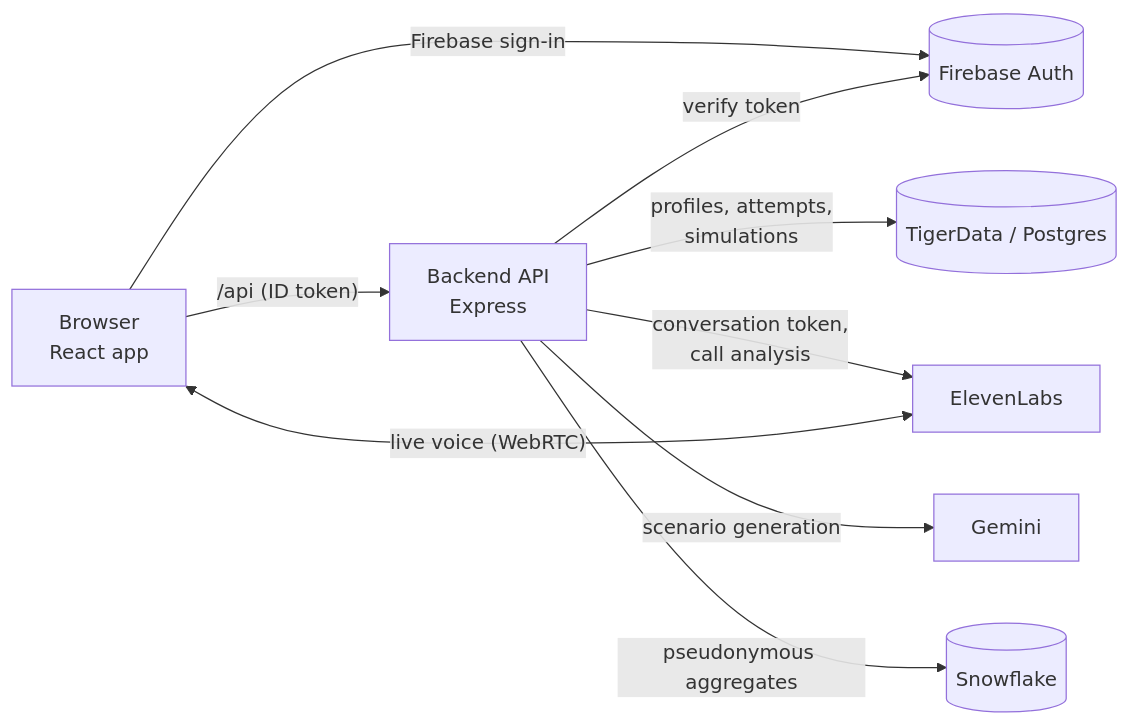
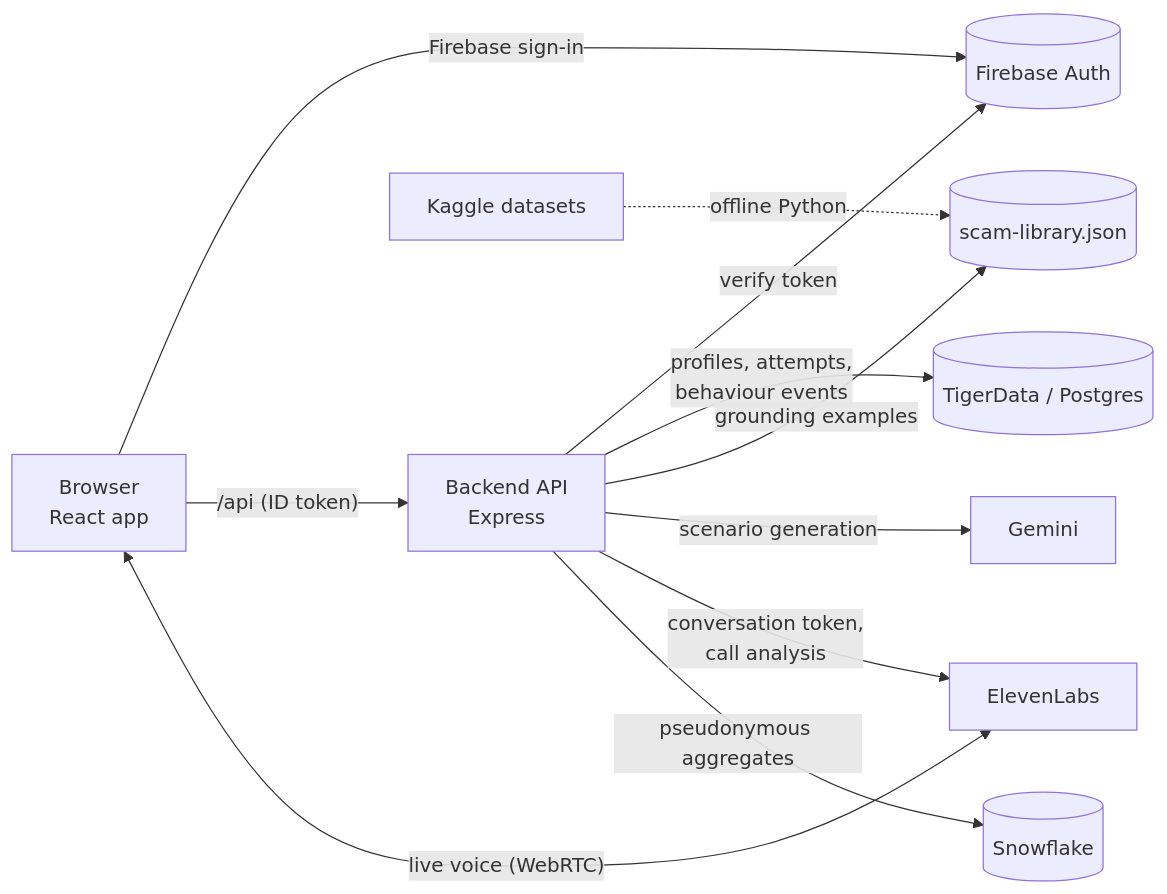
The second of 2 diagrams in README.md (vvictort/stormhacks-2026), drawn with Mermaid before and after one commit. The commit also changed other lines of this file, not shown here.

````diff
--- a/README.md
+++ b/README.md
@@ -21,11 +42,13 @@
 ```mermaid
 flowchart LR
   U[Browser<br/>React app] -- Firebase sign-in --> F[(Firebase Auth)]
   U -- "/api (ID token)" --> B[Backend API<br/>Express]
   B -- verify token --> F
-  B -- profiles, attempts,<br/>simulations --> D[(TigerData / Postgres)]
+  B -- profiles, attempts,<br/>behaviour events --> D[(TigerData / Postgres)]
+  B -- grounding examples --> L[(scam-library.json)]
+  B -- scenario generation --> G[Gemini]
   B -- conversation token,<br/>call analysis --> E[ElevenLabs]
   U <-- live voice (WebRTC) --> E
-  B -- scenario generation --> G[Gemini]
   B -- pseudonymous aggregates --> S[(Snowflake)]
+  K[Kaggle datasets] -. offline Python .-> L
 ```
````
